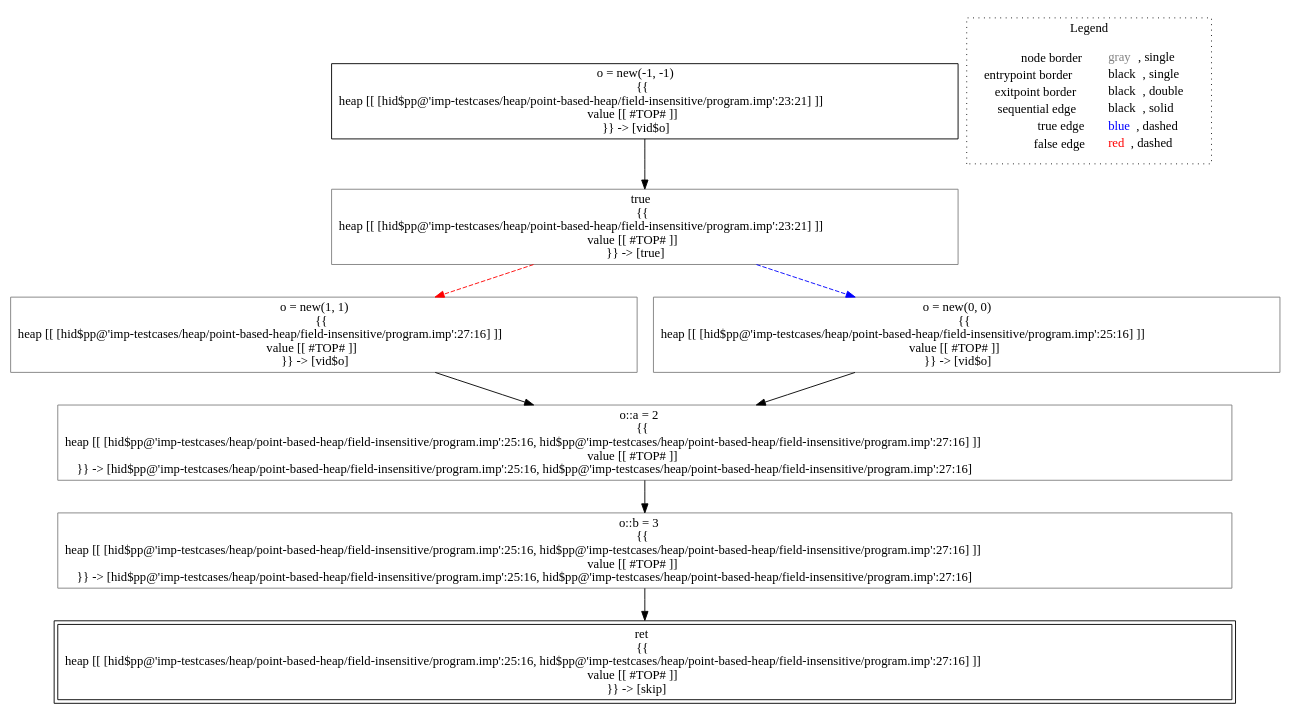
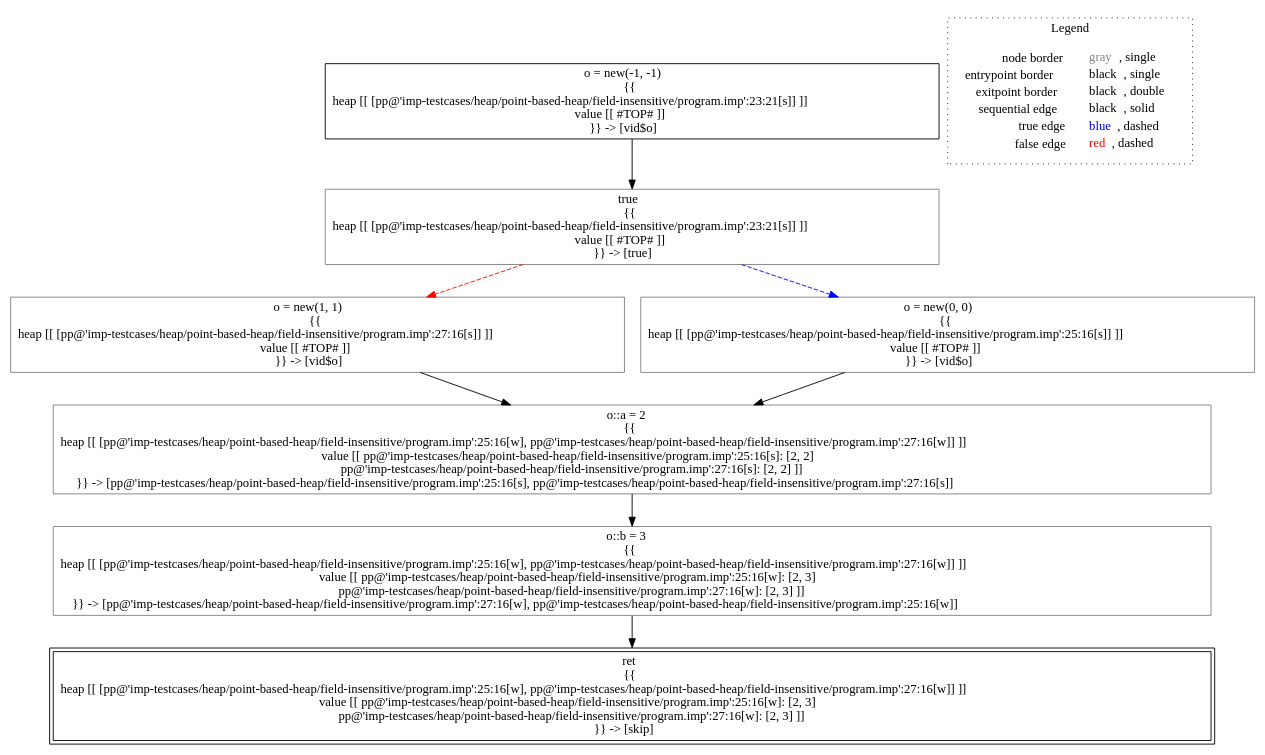
Before and after one commit to lisa-analyzer/lisa: the diagram in lisa/imp-testcases/heap/point-based-heap/field-insensitive/analysis___untyped_A.f3(A_this).dot, drawn with Graphviz. The commit also changed 31 other files, not shown here.

Commit message:
field insensitive point-based heap with strong updates

```diff
--- a/lisa/imp-testcases/heap/point-based-heap/field-insensitive/analysis___untyped_A.f3(A_this).dot
+++ b/lisa/imp-testcases/heap/point-based-heap/field-insensitive/analysis___untyped_A.f3(A_this).dot
@@ -1,23 +1,23 @@
 digraph {
-	"node0" [shape="rect",color="black",label=<o = new(-1, -1)<BR/>{{<BR/>heap [[ [hid$pp@'imp-testcases/heap/point-based-heap/field-insensitive/program.imp':23:21] ]]<BR/>value [[ #TOP# ]]<BR/>}} -&gt; [vid$o]>];
-	"node1" [shape="rect",color="gray",label=<o::a = 2<BR/>{{<BR/>heap [[ [hid$pp@'imp-testcases/heap/point-based-heap/field-insensitive/program.imp':25:16, hid$pp@'imp-testcases/heap/point-based-heap/field-insensitive/program.imp':27:16] ]]<BR/>value [[ #TOP# ]]<BR/>}} -&gt; [hid$pp@'imp-testcases/heap/point-based-heap/field-insensitive/program.imp':25:16, hid$pp@'imp-testcases/heap/point-based-heap/field-insensitive/program.imp':27:16]>];
-	"node2" [shape="rect",color="black",peripheries="2",label=<ret<BR/>{{<BR/>heap [[ [hid$pp@'imp-testcases/heap/point-based-heap/field-insensitive/program.imp':25:16, hid$pp@'imp-testcases/heap/point-based-heap/field-insensitive/program.imp':27:16] ]]<BR/>value [[ #TOP# ]]<BR/>}} -&gt; [skip]>];
-	"node3" [shape="rect",color="gray",label=<true<BR/>{{<BR/>heap [[ [hid$pp@'imp-testcases/heap/point-based-heap/field-insensitive/program.imp':23:21] ]]<BR/>value [[ #TOP# ]]<BR/>}} -&gt; [true]>];
-	"node4" [shape="rect",color="gray",label=<o::b = 3<BR/>{{<BR/>heap [[ [hid$pp@'imp-testcases/heap/point-based-heap/field-insensitive/program.imp':25:16, hid$pp@'imp-testcases/heap/point-based-heap/field-insensitive/program.imp':27:16] ]]<BR/>value [[ #TOP# ]]<BR/>}} -&gt; [hid$pp@'imp-testcases/heap/point-based-heap/field-insensitive/program.imp':25:16, hid$pp@'imp-testcases/heap/point-based-heap/field-insensitive/program.imp':27:16]>];
-	"node5" [shape="rect",color="gray",label=<o = new(1, 1)<BR/>{{<BR/>heap [[ [hid$pp@'imp-testcases/heap/point-based-heap/field-insensitive/program.imp':27:16] ]]<BR/>value [[ #TOP# ]]<BR/>}} -&gt; [vid$o]>];
-	"node6" [shape="rect",color="gray",label=<o = new(0, 0)<BR/>{{<BR/>heap [[ [hid$pp@'imp-testcases/heap/point-based-heap/field-insensitive/program.imp':25:16] ]]<BR/>value [[ #TOP# ]]<BR/>}} -&gt; [vid$o]>];
-	"node1" -> "node4" [color="black"];
-	"node3" -> "node5" [color="red",style="dashed"];
-	"node3" -> "node6" [color="blue",style="dashed"];
-	"node4" -> "node2" [color="black"];
-	"node5" -> "node1" [color="black"];
-	"node0" -> "node3" [color="black"];
-	"node6" -> "node1" [color="black"];
+	"node0" [shape="rect",color="black",label=<o = new(-1, -1)<BR/>{{<BR/>heap [[ [pp@'imp-testcases/heap/point-based-heap/field-insensitive/program.imp':23:21[s]] ]]<BR/>value [[ #TOP# ]]<BR/>}} -&gt; [vid$o]>];
+	"node1" [shape="rect",color="gray",label=<o = new(1, 1)<BR/>{{<BR/>heap [[ [pp@'imp-testcases/heap/point-based-heap/field-insensitive/program.imp':27:16[s]] ]]<BR/>value [[ #TOP# ]]<BR/>}} -&gt; [vid$o]>];
+	"node2" [shape="rect",color="gray",label=<o = new(0, 0)<BR/>{{<BR/>heap [[ [pp@'imp-testcases/heap/point-based-heap/field-insensitive/program.imp':25:16[s]] ]]<BR/>value [[ #TOP# ]]<BR/>}} -&gt; [vid$o]>];
+	"node3" [shape="rect",color="gray",label=<o::a = 2<BR/>{{<BR/>heap [[ [pp@'imp-testcases/heap/point-based-heap/field-insensitive/program.imp':25:16[w], pp@'imp-testcases/heap/point-based-heap/field-insensitive/program.imp':27:16[w]] ]]<BR/>value [[ pp@'imp-testcases/heap/point-based-heap/field-insensitive/program.imp':25:16[s]: [2, 2]<BR/>pp@'imp-testcases/heap/point-based-heap/field-insensitive/program.imp':27:16[s]: [2, 2] ]]<BR/>}} -&gt; [pp@'imp-testcases/heap/point-based-heap/field-insensitive/program.imp':25:16[s], pp@'imp-testcases/heap/point-based-heap/field-insensitive/program.imp':27:16[s]]>];
+	"node4" [shape="rect",color="gray",label=<true<BR/>{{<BR/>heap [[ [pp@'imp-testcases/heap/point-based-heap/field-insensitive/program.imp':23:21[s]] ]]<BR/>value [[ #TOP# ]]<BR/>}} -&gt; [true]>];
+	"node5" [shape="rect",color="gray",label=<o::b = 3<BR/>{{<BR/>heap [[ [pp@'imp-testcases/heap/point-based-heap/field-insensitive/program.imp':25:16[w], pp@'imp-testcases/heap/point-based-heap/field-insensitive/program.imp':27:16[w]] ]]<BR/>value [[ pp@'imp-testcases/heap/point-based-heap/field-insensitive/program.imp':25:16[w]: [2, 3]<BR/>pp@'imp-testcases/heap/point-based-heap/field-insensitive/program.imp':27:16[w]: [2, 3] ]]<BR/>}} -&gt; [pp@'imp-testcases/heap/point-based-heap/field-insensitive/program.imp':27:16[w], pp@'imp-testcases/heap/point-based-heap/field-insensitive/program.imp':25:16[w]]>];
+	"node6" [shape="rect",color="black",peripheries="2",label=<ret<BR/>{{<BR/>heap [[ [pp@'imp-testcases/heap/point-based-heap/field-insensitive/program.imp':25:16[w], pp@'imp-testcases/heap/point-based-heap/field-insensitive/program.imp':27:16[w]] ]]<BR/>value [[ pp@'imp-testcases/heap/point-based-heap/field-insensitive/program.imp':25:16[w]: [2, 3]<BR/>pp@'imp-testcases/heap/point-based-heap/field-insensitive/program.imp':27:16[w]: [2, 3] ]]<BR/>}} -&gt; [skip]>];
+	"node1" -> "node3" [color="black"];
+	"node2" -> "node3" [color="black"];
+	"node3" -> "node5" [color="black"];
+	"node0" -> "node4" [color="black"];
+	"node4" -> "node1" [color="red",style="dashed"];
+	"node4" -> "node2" [color="blue",style="dashed"];
+	"node5" -> "node6" [color="black"];
 subgraph cluster_legend {
 	label="Legend";
 	style=dotted;
 	node [shape=plaintext];
 	"legend" [label=<<table border="0" cellpadding="2" cellspacing="0" cellborder="0"><tr><td align="right">node border&nbsp;</td><td align="left"><font color="gray">gray</font>, single</td></tr><tr><td align="right">entrypoint border&nbsp;</td><td align="left"><font color="black">black</font>, single</td></tr><tr><td align="right">exitpoint border&nbsp;</td><td align="left"><font color="black">black</font>, double</td></tr><tr><td align="right">sequential edge&nbsp;</td><td align="left"><font color="black">black</font>, solid</td></tr><tr><td align="right">true edge&nbsp;</td><td align="left"><font color="blue">blue</font>, dashed</td></tr><tr><td align="right">false edge&nbsp;</td><td align="left"><font color="red">red</font>, dashed</td></tr></table>>];
 }
 
 }
```
